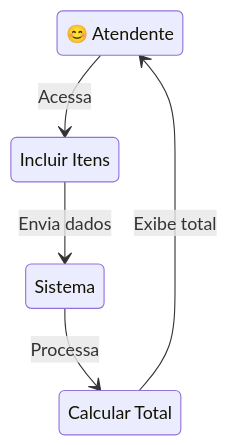
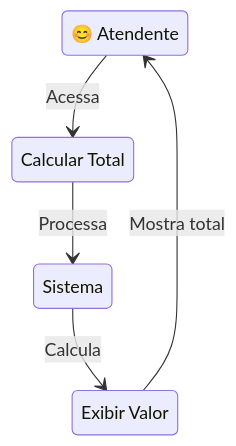
Before and after one commit to marcus2703/sistema-ordem-servico-oficina: the ninth of 11 diagrams in casos_uso.md, drawn with Mermaid. The commit also changed other lines of this file, not shown here.

````diff
--- a/casos_uso.md
+++ b/casos_uso.md
@@ -207,12 +260,12 @@
 ```mermaid
 stateDiagram-v2
     Atendente: 😊 Atendente
     Sistema: Sistema
-    IncluirItens: Incluir Itens
     CalcularTotal: Calcular Total
+    ExibirValor: Exibir Valor
     
-    Atendente --> IncluirItens: Acessa
-    IncluirItens --> Sistema: Envia dados
-    Sistema --> CalcularTotal: Processa
-    CalcularTotal --> Atendente: Exibe total
+    Atendente --> CalcularTotal: Acessa
+    CalcularTotal --> Sistema: Processa
+    Sistema --> ExibirValor: Calcula
+    ExibirValor --> Atendente: Mostra total
 ```
````
